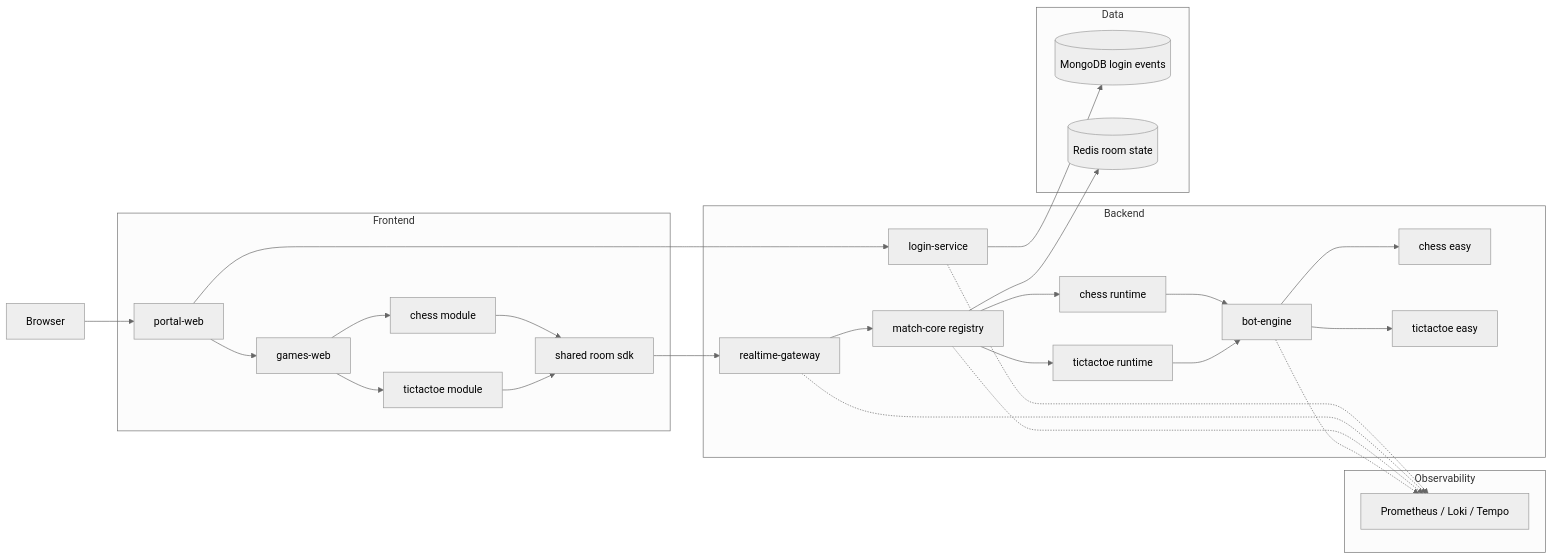
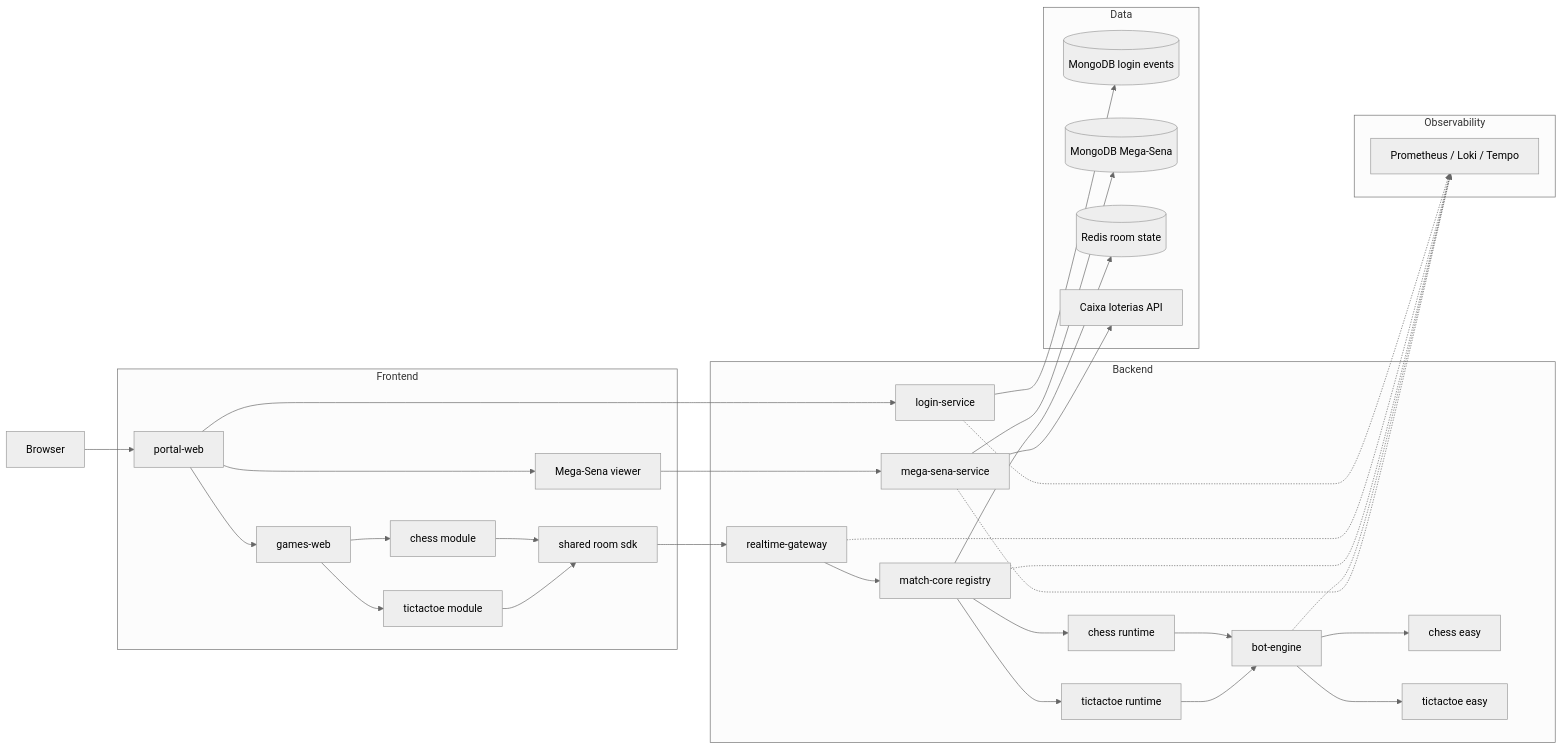
One commit to Marques-net/geek-hub changed the first of 2 diagrams in README.md. Above: the diagram before and after it, drawn with Mermaid (neutral theme). The commit also changed other lines of this file and 61 other files, not shown here.

Commit message:
Atualiza arquitetura e modulo Mega-Sena

````diff
--- a/README.md
+++ b/README.md
@@ -13,54 +13,63 @@
 ```mermaid
 flowchart LR
     U[Browser]
 
     subgraph FE[Frontend]
         P[portal-web]
         G[games-web]
         C[chess module]
         T[tictactoe module]
         S[shared room sdk]
+        MS[Mega-Sena viewer]
     end
 
     subgraph BE[Backend]
         L[login-service]
         R[realtime-gateway]
         M[match-core registry]
         CR[chess runtime]
         TR[tictactoe runtime]
         B[bot-engine]
         CE[chess easy]
         TE[tictactoe easy]
+        MLS[mega-sena-service]
     end
 
     subgraph DATA[Data]
         MG[(MongoDB login events)]
+        MM[(MongoDB Mega-Sena)]
         RD[(Redis room state)]
+        CX[Caixa loterias API]
     end
 
     subgraph OBS[Observability]
         O[Prometheus / Loki / Tempo]
     end
 
     U --> P
     P --> L
     L --> MG
     P --> G
+    P --> MS
+    MS --> MLS
+    MLS --> MM
+    MLS --> CX
     G --> C
     G --> T
     C --> S
     T --> S
     S --> R
     R --> M
     M --> CR
     M --> TR
     CR --> B
     TR --> B
     B --> CE
     B --> TE
     M --> RD
     L -.-> O
     R -.-> O
     M -.-> O
     B -.-> O
+    MLS -.-> O
 ```
````
